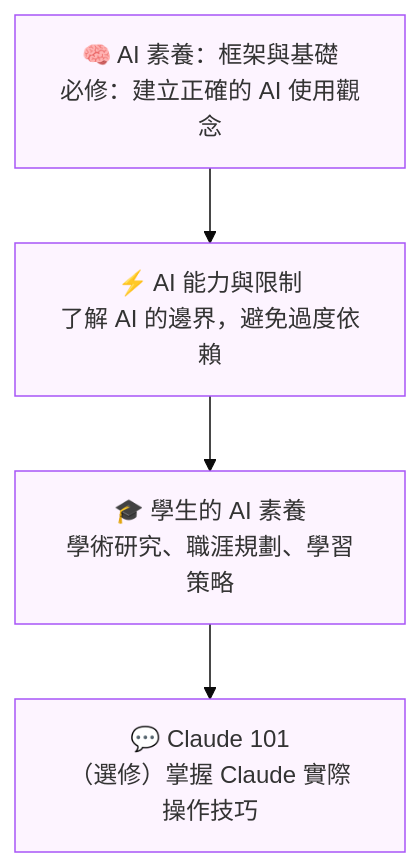
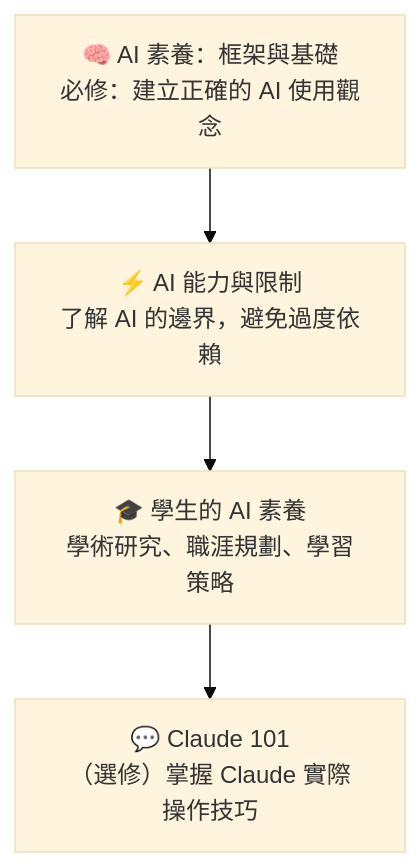
Before and after one commit to L1247/Anthropic-Academy-Chinese: the fourth of 4 diagrams in docs/roadmap.md, drawn with Mermaid (base theme). The commit also changed other lines of this file and 7 other files, not shown here.

Commit message:
feat: 新增官方證書頁面、HeroCertBadge 與 MermaidLightbox 元件

````diff
--- a/docs/roadmap.md
+++ b/docs/roadmap.md
@@ -81,12 +78,7 @@
 ```mermaid
 flowchart TD
     A["🧠 AI 素養：框架與基礎<br/>必修：建立正確的 AI 使用觀念"] --> B
     B["⚡ AI 能力與限制<br/>了解 AI 的邊界，避免過度依賴"] --> C
     C["🎓 學生的 AI 素養<br/>學術研究、職涯規劃、學習策略"] --> D
     D["💬 Claude 101<br/>（選修）掌握 Claude 實際操作技巧"]
-
-    style A fill:#fdf4ff,stroke:#a855f7
-    style B fill:#fdf4ff,stroke:#a855f7
-    style C fill:#fdf4ff,stroke:#a855f7
-    style D fill:#fdf4ff,stroke:#a855f7
 ```
````
